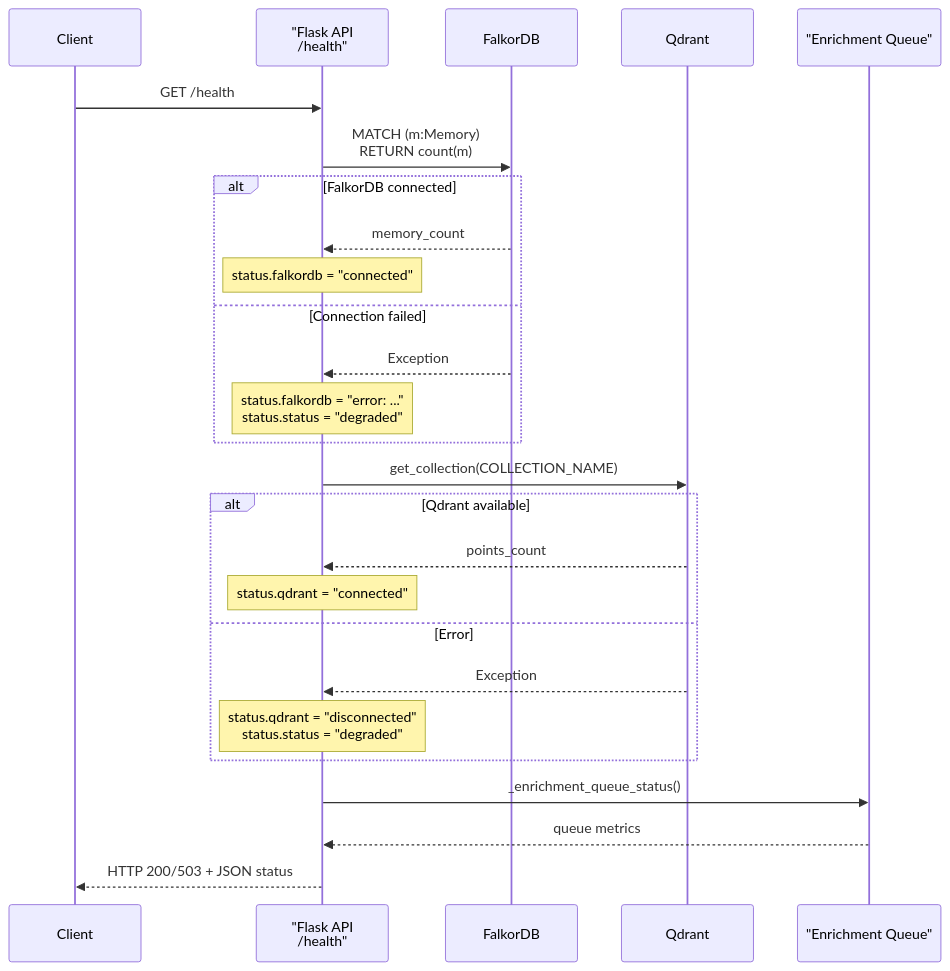
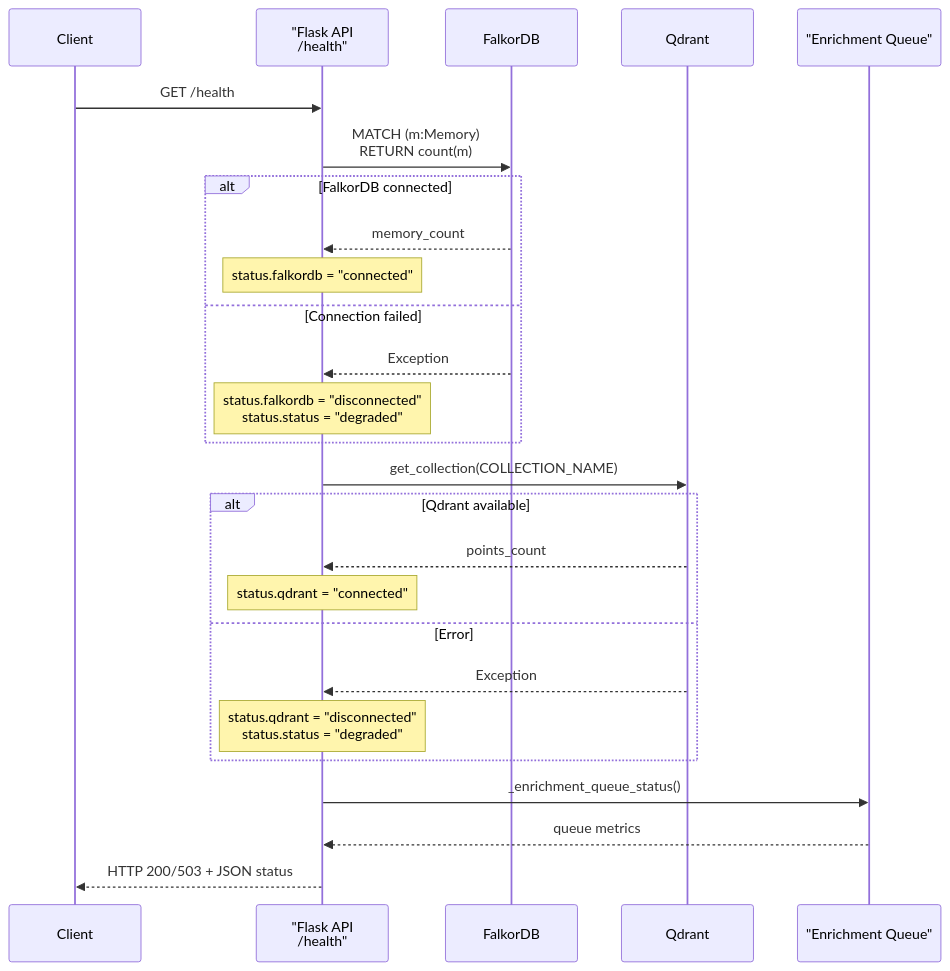
Before and after one commit to verygoodplugins/automem-website: the first of 4 diagrams in src/content/docs/docs/reference/api/health.md, drawn with Mermaid. The commit also changed other lines of this file, not shown here.

````diff
--- a/src/content/docs/docs/reference/api/health.md
+++ b/src/content/docs/docs/reference/api/health.md
@@ -38,33 +39,33 @@
 ```mermaid
 sequenceDiagram
     participant Client
     participant Flask as "Flask API<br/>/health"
     participant FalkorDB
     participant Qdrant
     participant EnrichmentQ as "Enrichment Queue"
 
     Client->>Flask: GET /health
 
     Flask->>FalkorDB: MATCH (m:Memory)<br/>RETURN count(m)
     alt FalkorDB connected
         FalkorDB-->>Flask: memory_count
         Note over Flask: status.falkordb = "connected"
     else Connection failed
         FalkorDB-->>Flask: Exception
-        Note over Flask: status.falkordb = "error: ..."<br/>status.status = "degraded"
+        Note over Flask: status.falkordb = "disconnected"<br/>status.status = "degraded"
     end
 
     Flask->>Qdrant: get_collection(COLLECTION_NAME)
     alt Qdrant available
         Qdrant-->>Flask: points_count
         Note over Flask: status.qdrant = "connected"
     else Error
         Qdrant-->>Flask: Exception
         Note over Flask: status.qdrant = "disconnected"<br/>status.status = "degraded"
     end
 
     Flask->>EnrichmentQ: _enrichment_queue_status()
     EnrichmentQ-->>Flask: queue metrics
 
     Flask-->>Client: HTTP 200/503 + JSON status
 ```
````
